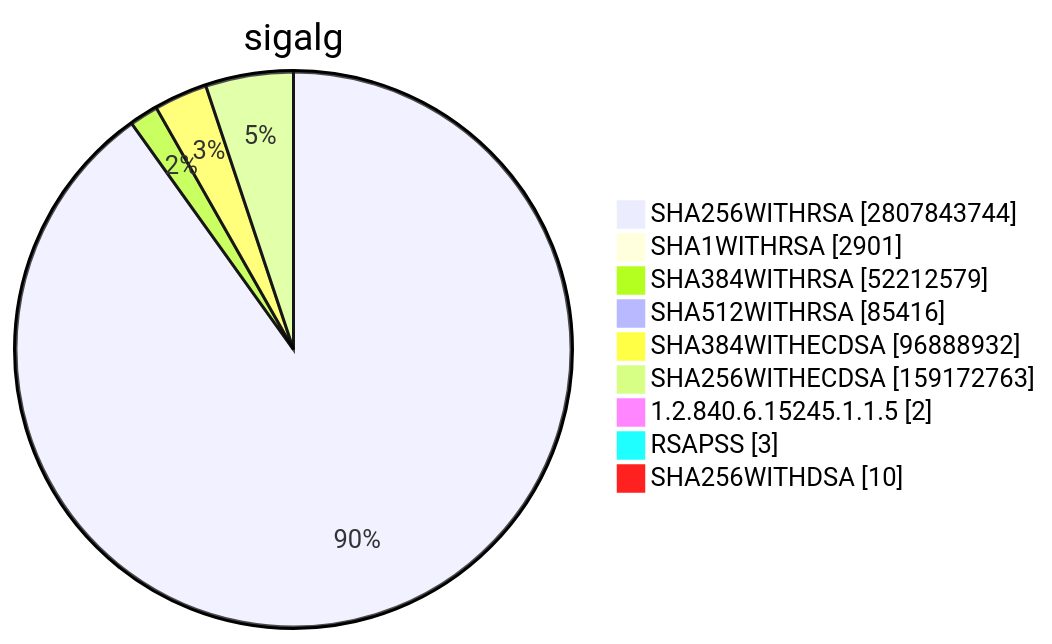
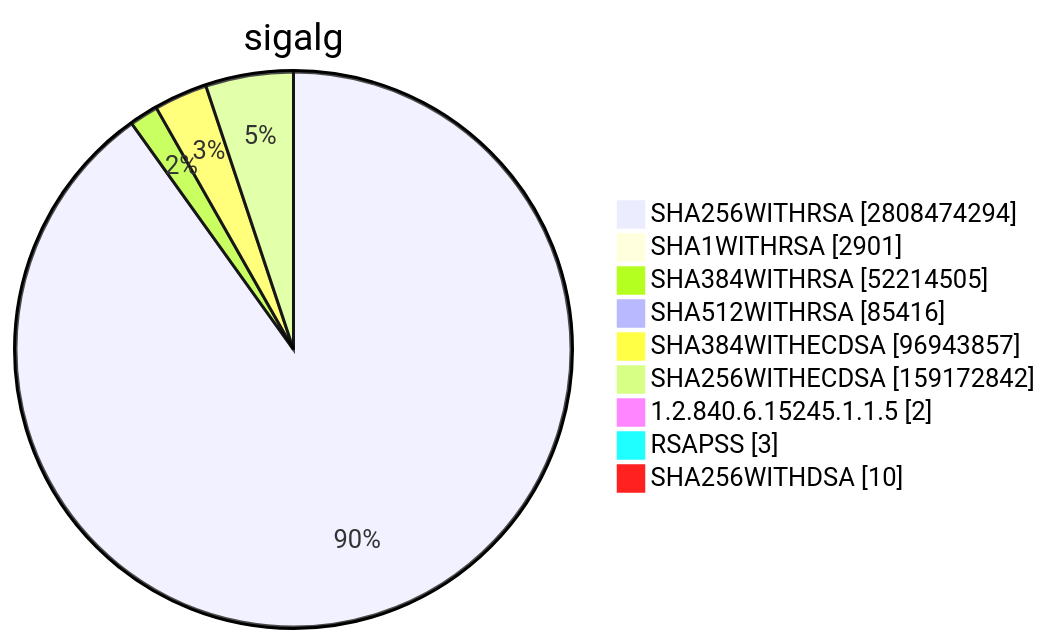
One commit to christiankrug/ctmonitor_visualization changed diagram 15 of 15 in TOTAL/README.md. Above: the diagram before and after it, drawn with Mermaid. The commit also changed other lines of this file, not shown here.

````diff
--- a/TOTAL/README.md
+++ b/TOTAL/README.md
@@ -6205,13 +6205,13 @@
 ```mermaid
 pie showData
 title sigalg
-"SHA256WITHRSA" :2807843744
+"SHA256WITHRSA" :2808474294
 "SHA1WITHRSA" :2901
-"SHA384WITHRSA" :52212579
+"SHA384WITHRSA" :52214505
 "SHA512WITHRSA" :85416
-"SHA384WITHECDSA" :96888932
-"SHA256WITHECDSA" :159172763
+"SHA384WITHECDSA" :96943857
+"SHA256WITHECDSA" :159172842
 "1.2.840.6.15245.1.1.5" :2
 "RSAPSS" :3
 "SHA256WITHDSA" :10
 ```
````
